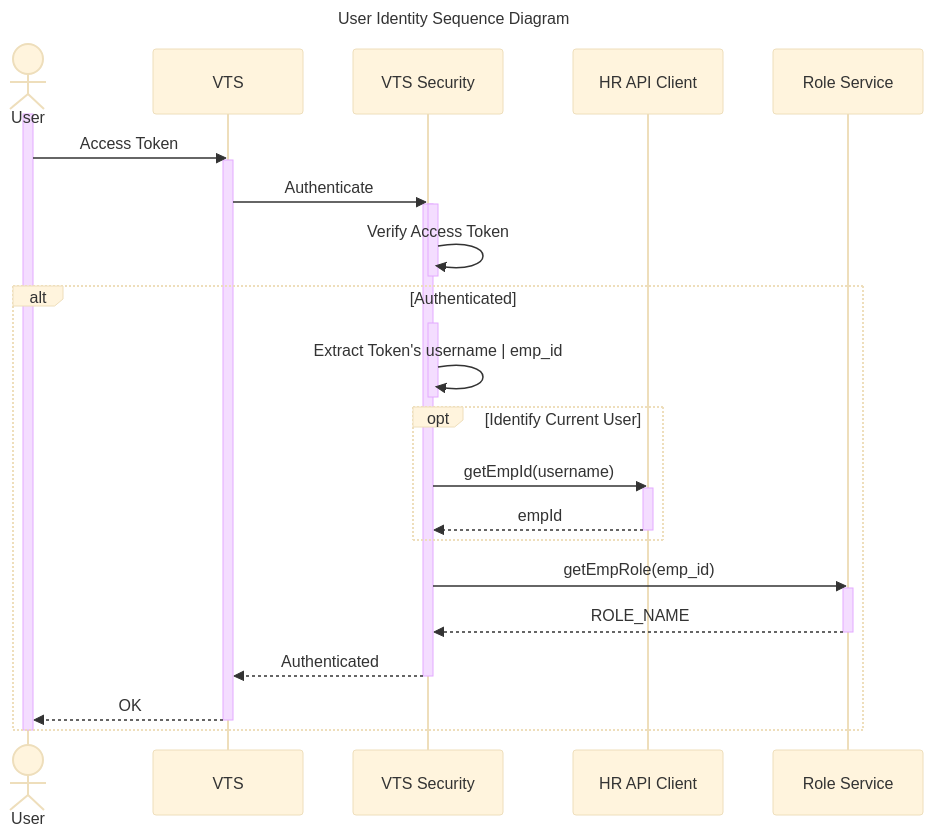
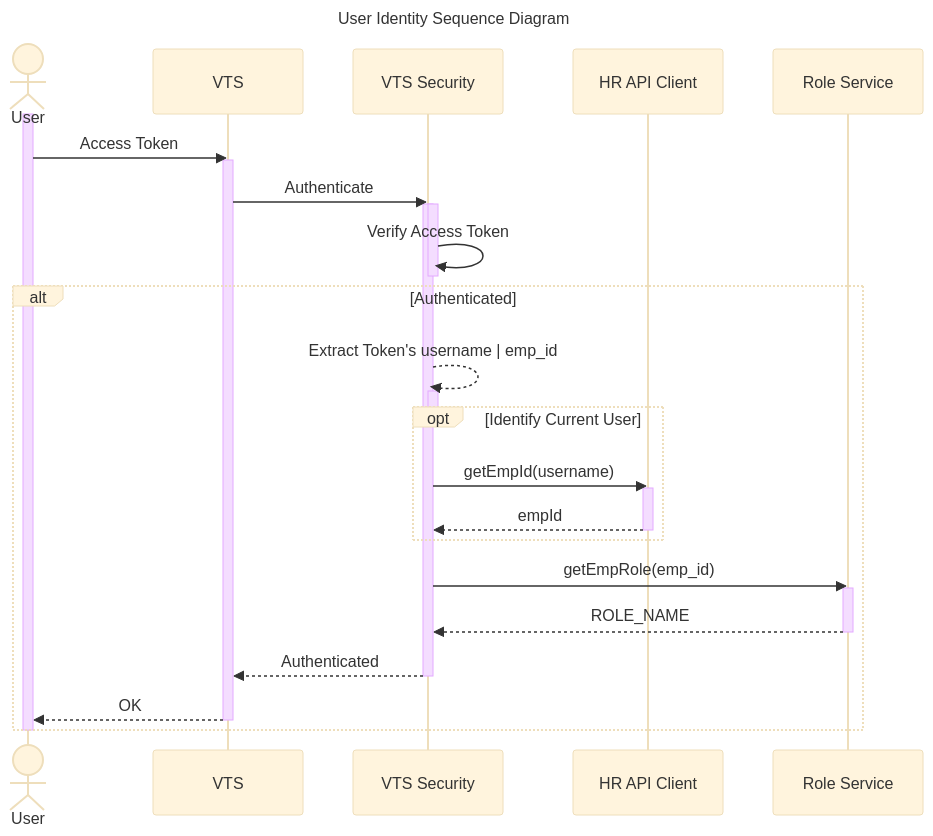
The second of 4 diagrams in design.md (Abdelfattah97/VTS), drawn with Mermaid (base theme) before and after one commit. The commit also changed other lines of this file and 1 other file, not shown here.

Commit message:
Added Pseudocode , Updated make vacation req Seq Diagram

````diff
--- a/design.md
+++ b/design.md
@@ -177,41 +190,41 @@
-   ```mermaid
-   sequenceDiagram
+```mermaid
+sequenceDiagram
 
-   title User Identity Sequence Diagram
+title User Identity Sequence Diagram
 
-   Actor User
-   participant VTS
-   participant VTS Security
-   participant HR API Client 
-   participant Role Service
+Actor User
+participant VTS
+participant VTS Security
+participant HR API Client
+participant Role Service
 
-   Activate User
-   User->>VTS:Access Token
-   Activate VTS
-   VTS->>VTS Security:Authenticate
-   Activate VTS Security
-   Activate VTS Security
-   VTS Security->>VTS Security:Verify Access Token
-   Deactivate VTS Security
-   alt Authenticated
-   Activate VTS Security
-   VTS Security->>VTS Security:Extract Token's username | emp_id
-   deactivate VTS Security
-   opt Identify Current User
-   VTS Security->>HR API Client:getEmpId(username)
-   activate HR API Client
-   HR API Client-->>VTS Security:empId
-   deactivate HR API Client
-   end
+Activate User
+User->>VTS:Access Token
+Activate VTS
+VTS->>VTS Security:Authenticate
+Activate VTS Security
+Activate VTS Security
+VTS Security->>VTS Security:Verify Access Token
+Deactivate VTS Security
+alt Authenticated
+VTS Security-->>VTS Security:Extract Token's username | emp_id
+Activate VTS Security
+deactivate VTS Security
+opt Identify Current User
+VTS Security->>HR API Client:getEmpId(username)
+activate HR API Client
+HR API Client-->>VTS Security:empId
+deactivate HR API Client
+end
 
-   VTS Security->>Role Service:getEmpRole(emp_id)
-   activate Role Service
-   Role Service-->>VTS Security: ROLE_NAME
-   Deactivate Role Service
-   VTS Security -->> VTS:Authenticated
-   Deactivate VTS Security
-   VTS-->>User:OK
-   Deactivate VTS
-   end
-   Deactivate User
-   ```
+VTS Security->>Role Service:getEmpRole(emp_id)
+activate Role Service
+Role Service-->>VTS Security: ROLE_NAME
+Deactivate Role Service
+VTS Security -->> VTS:Authenticated
+Deactivate VTS Security
+VTS-->>User:OK
+Deactivate VTS
+end
+Deactivate User
+```
````
